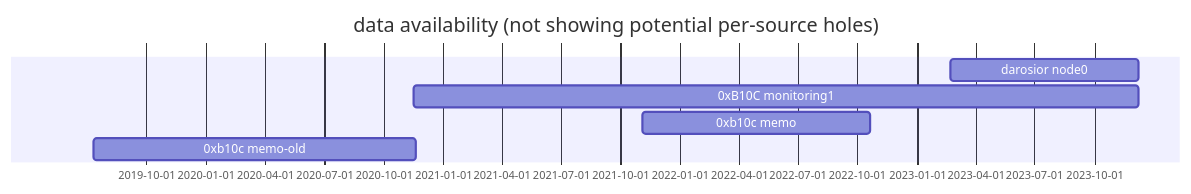
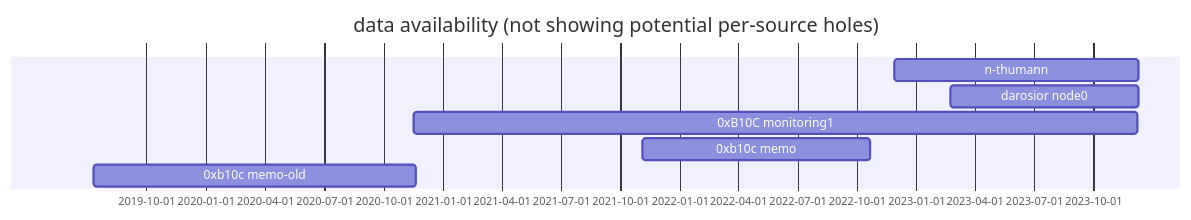
Before and after one commit to bitcoin-data/block-arrival-times: the diagram in README.md, drawn with Mermaid. The commit also changed 1 other file, not shown here.

Commit message:
add: 55370 block timestamps

````diff
--- a/README.md
+++ b/README.md
@@ -56,12 +56,13 @@
 ```mermaid
 gantt
 dateFormat x
 title data availability (not showing potential per-source holes)
 todayMarker off
 
+n-thumann: 1669583939000, 1702072477000
 darosior node0: 1676970378000, 1702022714000
 0xB10C monitoring1: 1605513978094, 1701968604513
 0xb10c memo: 1635945250000, 1666268995000
 0xb10c memo-old: 1562848974000, 1605772694000
 
 ```
````
